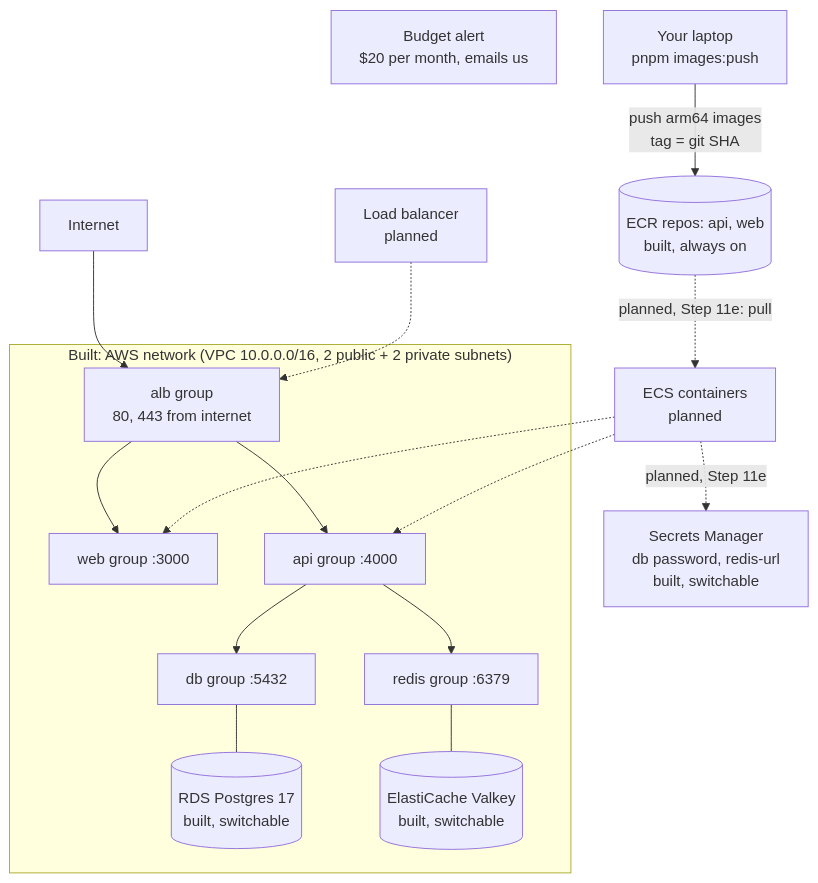
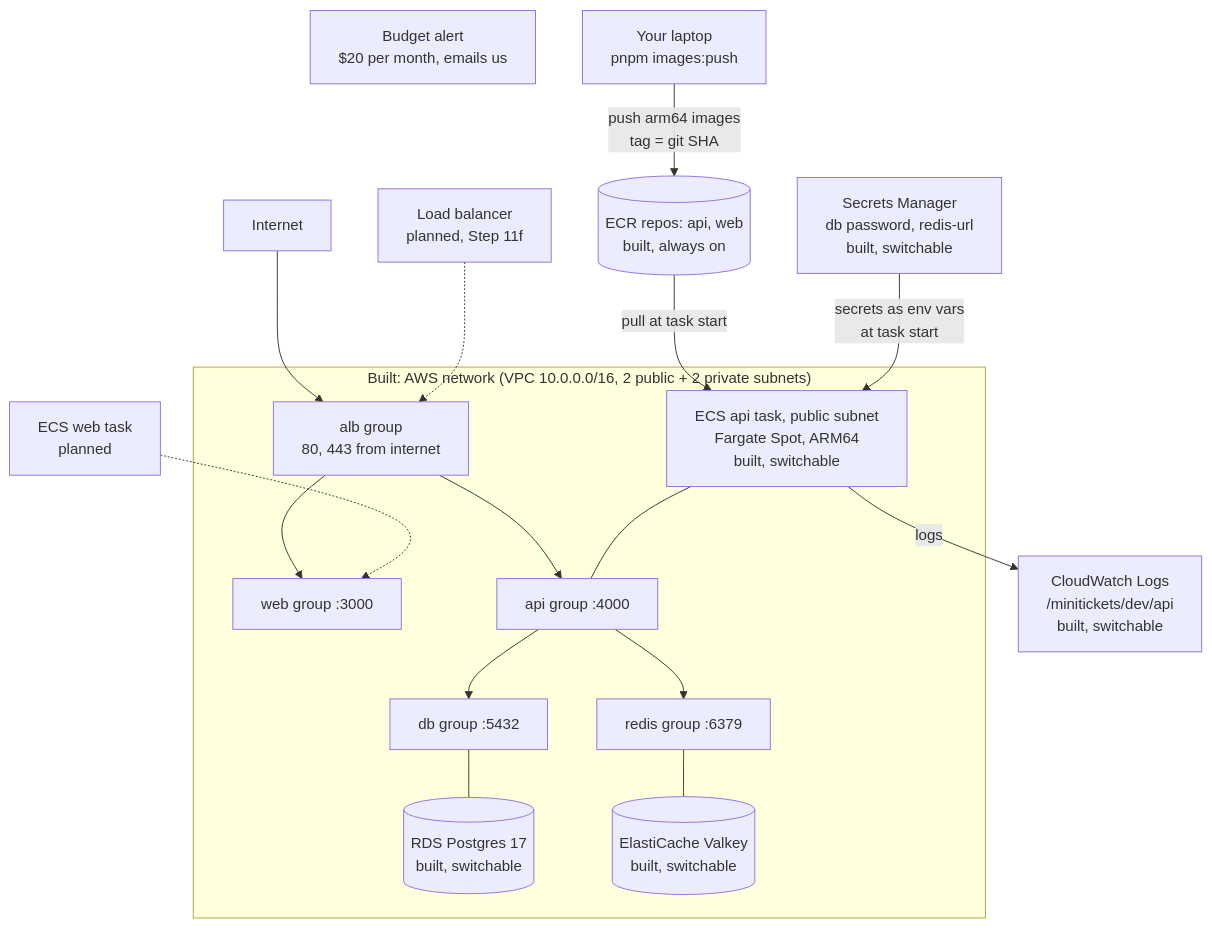
Before and after one commit to maheshnd/minitickets: the second of 3 diagrams in docs/00-architecture.md, drawn with Mermaid. The commit also changed other lines of this file and 23 other files, not shown here.

Commit message:
infra: ecs cluster + api service

````diff
--- a/docs/00-architecture.md
+++ b/docs/00-architecture.md
@@ -25,32 +25,35 @@
 ```mermaid
 flowchart TB
     internet["Internet"]
     budget["Budget alert<br/>$20 per month, emails us"]
     sm["Secrets Manager<br/>db password, redis-url<br/>built, switchable"]
+    cw["CloudWatch Logs<br/>/minitickets/dev/api<br/>built, switchable"]
     subgraph vpc["Built: AWS network (VPC 10.0.0.0/16, 2 public + 2 private subnets)"]
         albsg["alb group<br/>80, 443 from internet"]
         websg["web group :3000"]
         apisg["api group :4000"]
         dbsg["db group :5432"]
         redissg["redis group :6379"]
+        apitask["ECS api task, public subnet<br/>Fargate Spot, ARM64<br/>built, switchable"]
         rds[("RDS Postgres 17<br/>built, switchable")]
         cache[("ElastiCache Valkey<br/>built, switchable")]
     end
     ecr[("ECR repos: api, web<br/>built, always on")]
     laptop["Your laptop<br/>pnpm images:push"]
-    alb["Load balancer<br/>planned"]
-    ecs["ECS containers<br/>planned"]
+    alb["Load balancer<br/>planned, Step 11f"]
+    webtask["ECS web task<br/>planned"]
     laptop -->|"push arm64 images<br/>tag = git SHA"| ecr
-    ecr -.->|"planned, Step 11e: pull"| ecs
+    ecr -->|"pull at task start"| apitask
+    sm -->|"secrets as env vars<br/>at task start"| apitask
+    apitask -->|"logs"| cw
     internet --> albsg
     albsg --> websg
     albsg --> apisg
     apisg --> dbsg
     apisg --> redissg
+    apitask --- apisg
     dbsg --- rds
     redissg --- cache
     alb -.-> albsg
-    ecs -.-> websg
-    ecs -.-> apisg
-    ecs -.->|"planned, Step 11e"| sm
+    webtask -.-> websg
 ```
````
